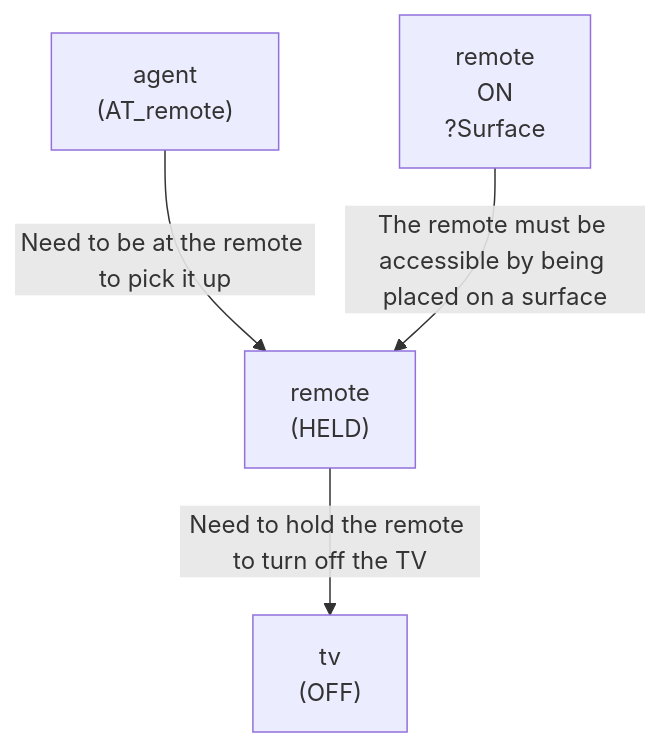
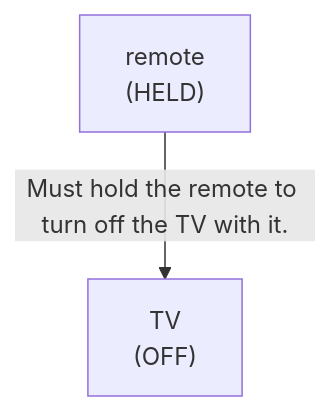
Before and after one commit to scuama/virtualhome: the first of 3 diagrams in evaluation/results/table3/robostate/runs/without_intention/G4_18/run_T3_without_intention_G4_18.md, drawn with Mermaid. The commit also changed other lines of this file and 507 other files, not shown here.

````diff
--- a/evaluation/results/table3/robostate/runs/without_intention/G4_18/run_T3_without_intention_G4_18.md
+++ b/evaluation/results/table3/robostate/runs/without_intention/G4_18/run_T3_without_intention_G4_18.md
@@ -54,10 +55,6 @@
 ```mermaid
 graph TD
-    N1["tv<br>(OFF)"]
+    N1["TV<br>(OFF)"]
     N2["remote<br>(HELD)"]
-    N3["agent<br>(AT_remote)"]
-    N4["remote<br>ON<br>?Surface"]
-    N2 -->|"Need to hold the remote to turn off the TV"| N1
-    N3 -->|"Need to be at the remote to pick it up"| N2
-    N4 -->|"The remote must be accessible by being placed on a surface"| N2
+    N2 -->|"Must hold the remote to turn off the TV with it."| N1
 ```
````
